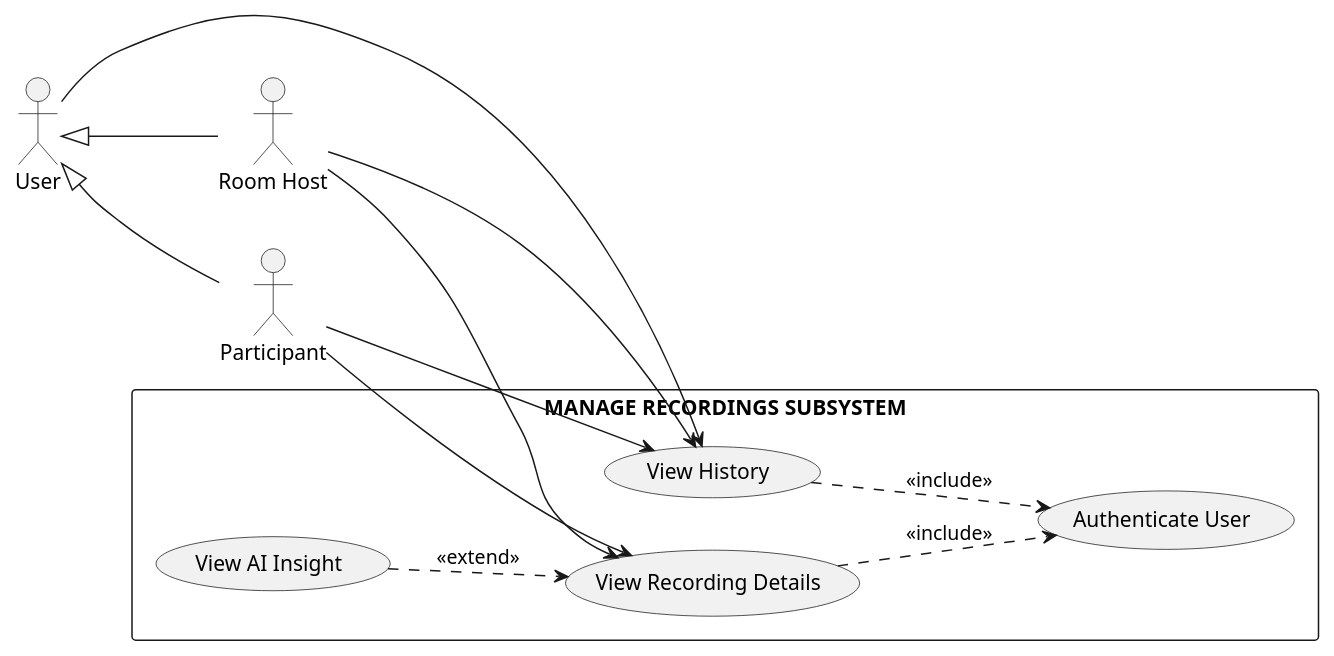
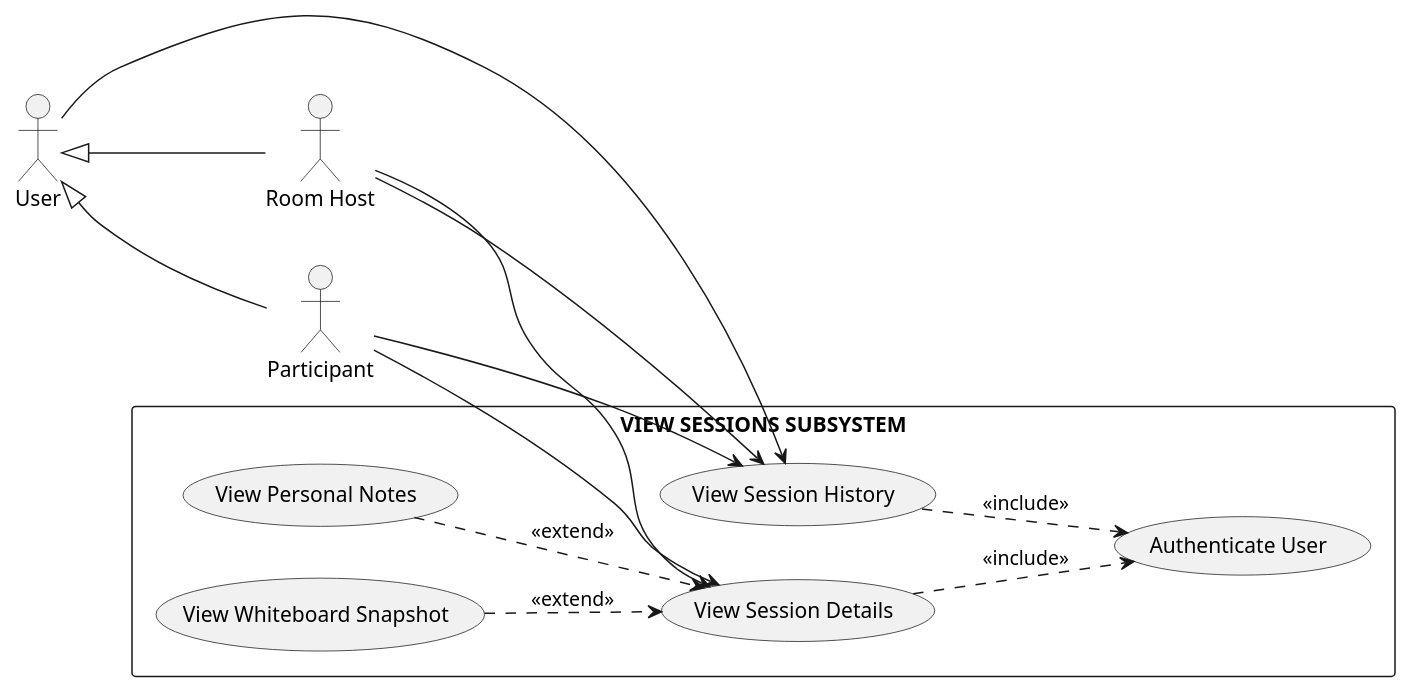
One commit to pho-veteran/stoom changed the fourth of 19 diagrams in stoom-app/reports.md. Above: the diagram before and after it, drawn with PlantUML. The commit also changed other lines of this file and 44 other files, not shown here.

````diff
--- a/stoom-app/reports.md
+++ b/stoom-app/reports.md
@@ -329,32 +367,34 @@
 ```plantuml
 @startuml
 left to right direction
 skinparam packageStyle rectangle
 skinparam monochrome true
 
 actor User
 actor "Room Host" as RoomHost
 actor "Participant" as Participant
 User <|-- RoomHost
 User <|-- Participant
 
-rectangle "MANAGE RECORDINGS SUBSYSTEM" {
+rectangle "VIEW SESSIONS SUBSYSTEM" {
     usecase "Authenticate User" as UC_Auth
-    usecase "View History" as UC_History
-    usecase "View Recording Details" as UC_RecordingDetails
-    usecase "View AI Insight" as UC_AIInsight
+    usecase "View Session History" as UC_History
+    usecase "View Session Details" as UC_SessionDetails
+    usecase "View Whiteboard Snapshot" as UC_ViewWhiteboard
+    usecase "View Personal Notes" as UC_ViewNotes
 }
 
 User --> UC_History
 RoomHost --> UC_History
-RoomHost --> UC_RecordingDetails
+RoomHost --> UC_SessionDetails
 Participant --> UC_History
-Participant --> UC_RecordingDetails
+Participant --> UC_SessionDetails
 
 UC_History ..> UC_Auth : <<include>>
-UC_RecordingDetails ..> UC_Auth : <<include>>
+UC_SessionDetails ..> UC_Auth : <<include>>
 
-UC_AIInsight ..> UC_RecordingDetails : <<extend>>
+UC_ViewWhiteboard ..> UC_SessionDetails : <<extend>>
+UC_ViewNotes ..> UC_SessionDetails : <<extend>>
 
 @enduml
 ```
````
